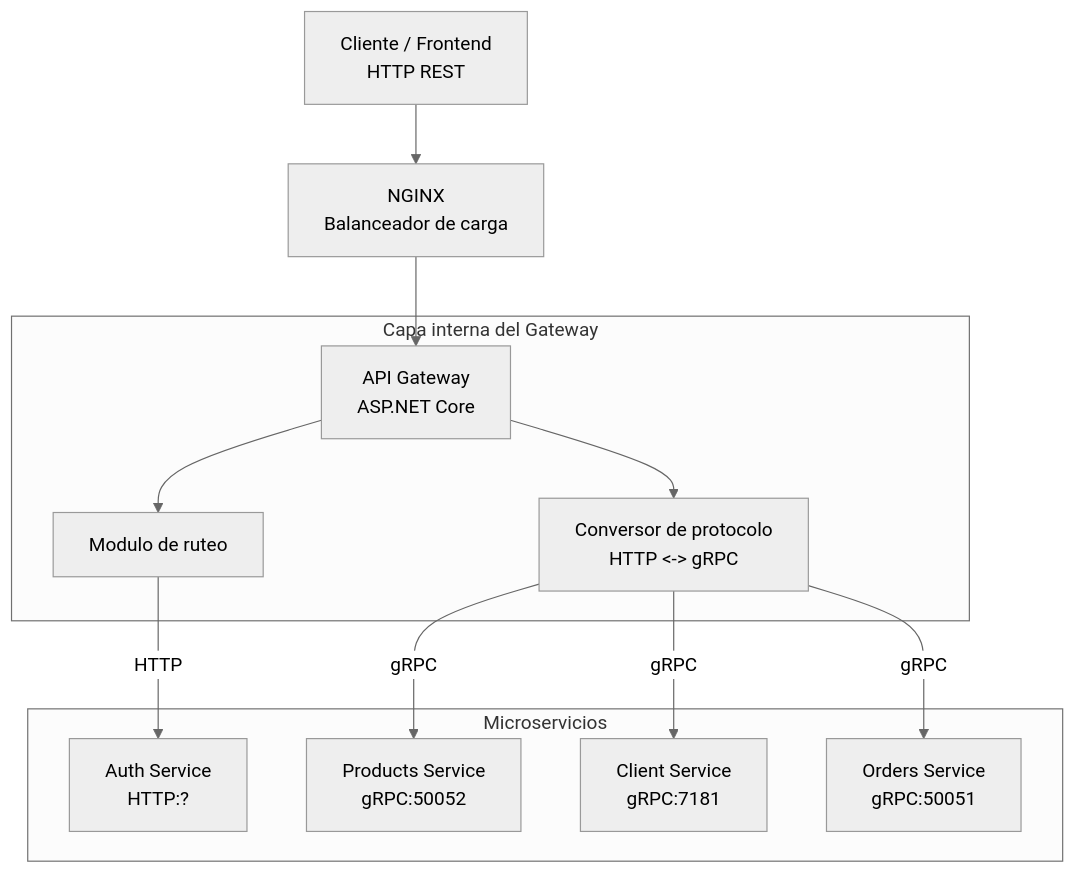
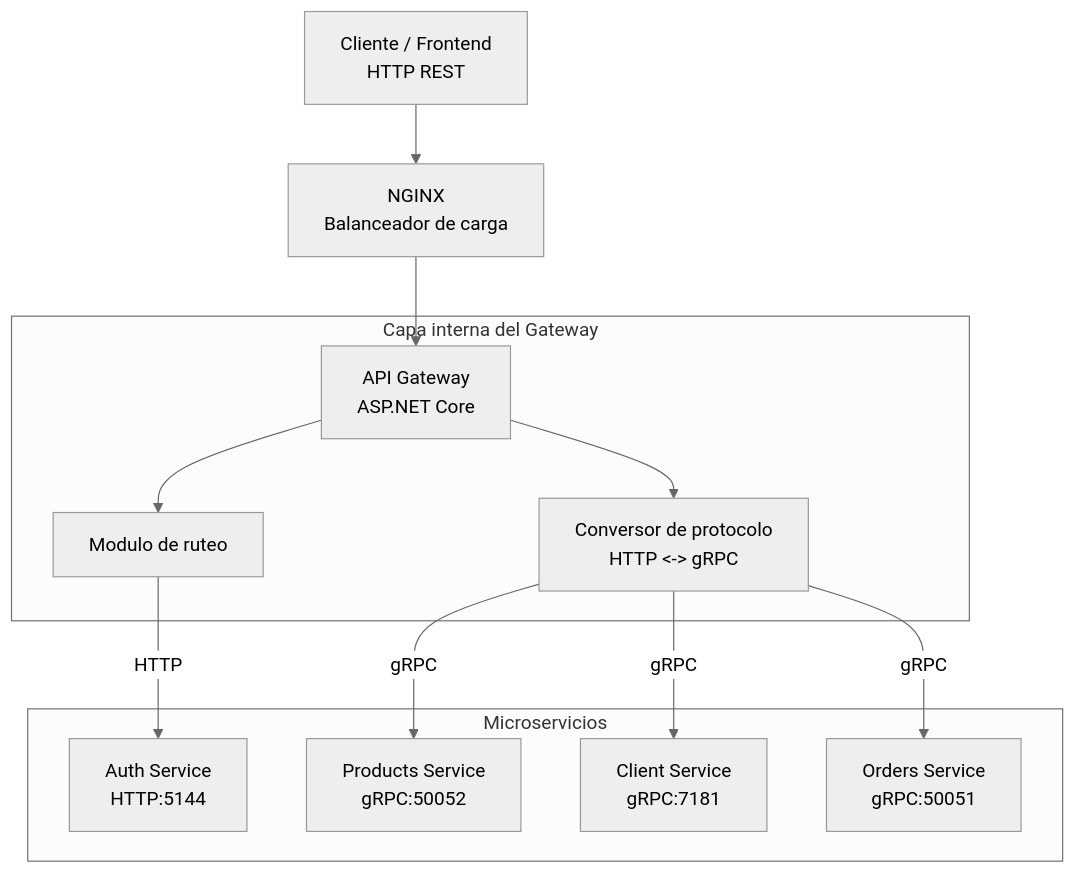
One commit to carlos44440/censudex-api-gateway changed the diagram in api-gateway/Readme.md. Above: the diagram before and after it, drawn with Mermaid (neutral theme). The commit also changed other lines of this file and 3 other files, not shown here.

````diff
--- a/api-gateway/Readme.md
+++ b/api-gateway/Readme.md
@@ -11,26 +11,26 @@
 ```mermaid
 flowchart TD
     Client[Cliente / Frontend
     HTTP REST] --> Nginx[NGINX
     Balanceador de carga]
 
     Nginx --> Gateway[API Gateway
     ASP.NET Core]
 
     subgraph Gateway_Layer [Capa interna del Gateway]
         Gateway --> Router[Modulo de ruteo]
         Gateway --> Translator[Conversor de protocolo
         HTTP <-> gRPC]
     end
 
     subgraph Microservices [Microservicios]
         Router -->|HTTP| AuthSvc[Auth Service
-        HTTP:?]
+        HTTP:5144]
         Translator -->|gRPC| ProductsSvc[Products Service
         gRPC:50052]
         Translator -->|gRPC| ClientSvc[Client Service
         gRPC:7181]
         Translator -->|gRPC| OrdersSvc[Orders Service
         gRPC:50051]
     end
 ```
````
